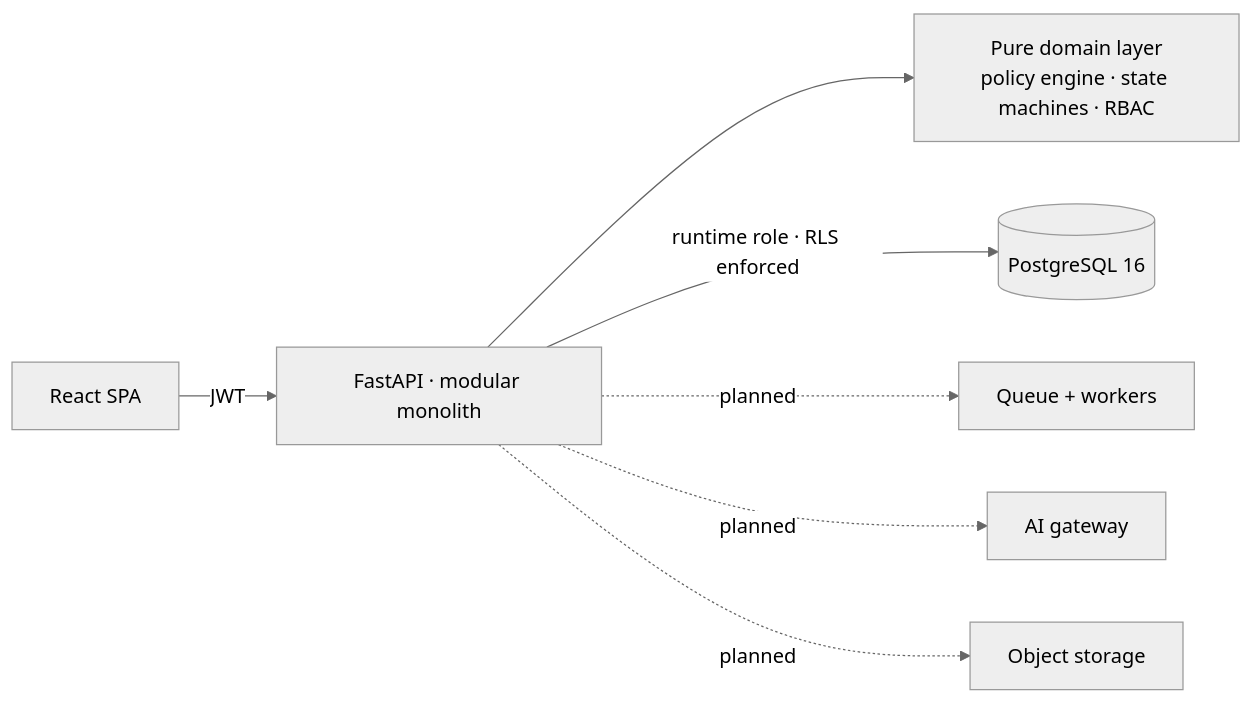
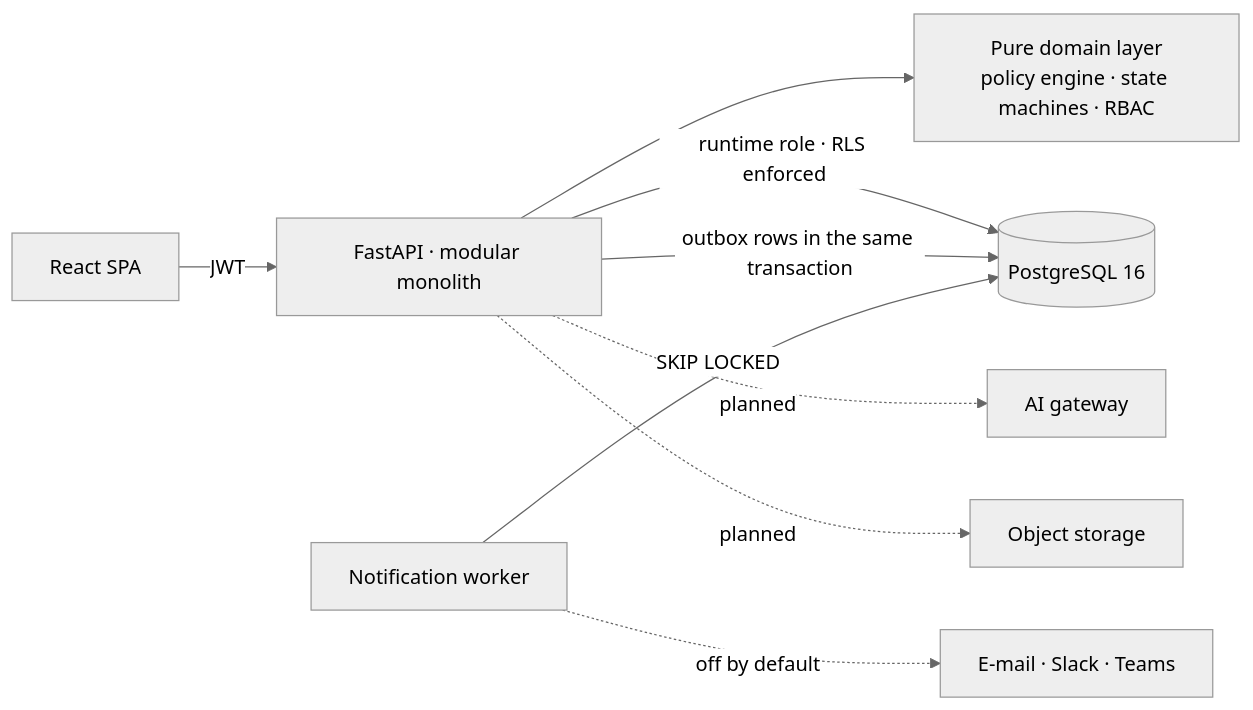
One commit to Dracula-5/procuraX changed the diagram in README.md. Above: the diagram before and after it, drawn with Mermaid (neutral theme). The commit also changed other lines of this file and 13 other files, not shown here.

````diff
--- a/README.md
+++ b/README.md
@@ -65,7 +68,10 @@
 ```mermaid
 flowchart LR
     SPA[React SPA] -->|JWT| API[FastAPI · modular monolith]
     API --> D[Pure domain layer<br/>policy engine · state machines · RBAC]
     API -->|runtime role · RLS enforced| PG[(PostgreSQL 16)]
-    API -.planned.-> Q[Queue + workers] & AI[AI gateway] & S3[Object storage]
+    API -->|outbox rows in the same transaction| PG
+    W[Notification worker] -->|SKIP LOCKED| PG
+    W -.off by default.-> M[E-mail · Slack · Teams]
+    API -.planned.-> AI[AI gateway] & S3[Object storage]
 ```
````
